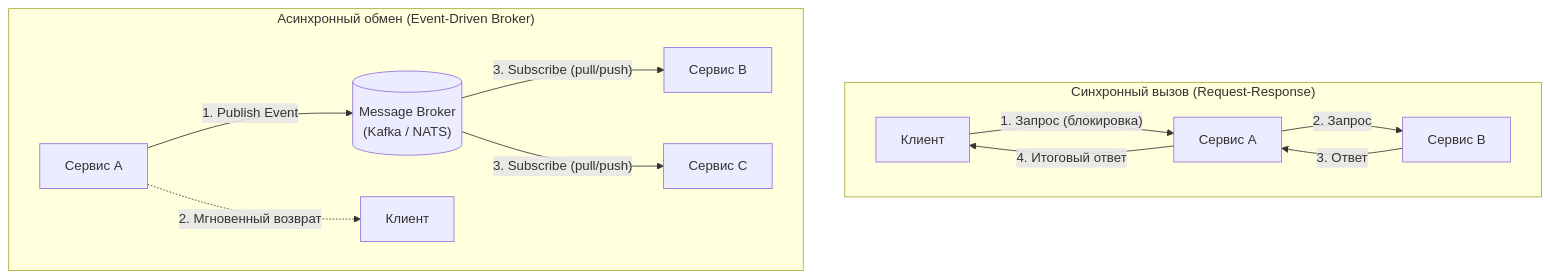
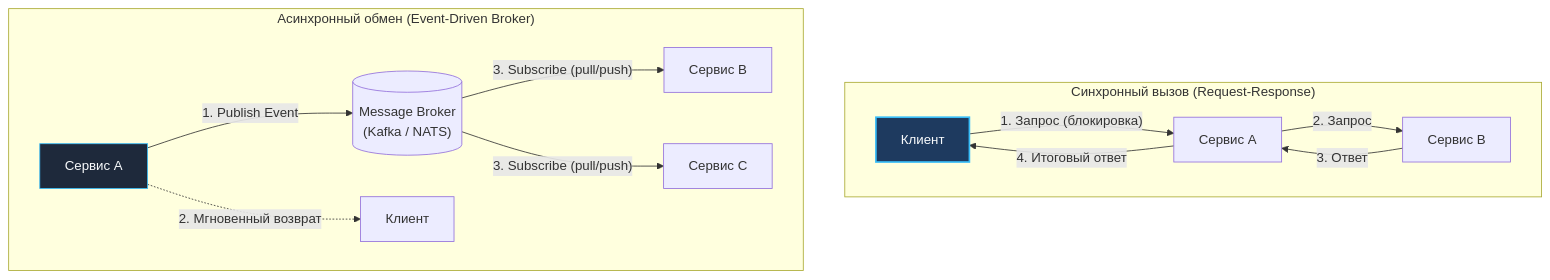
One commit to UnrealTemplier/go-textbook changed the first of 2 diagrams in sources/14. Распределенные системы на Go/04. Микросервисы/4. Service communication.md. Above: the diagram before and after it, drawn with Mermaid. The commit also changed other lines of this file and 1666 other files, not shown here.

First line of the commit message:
feat(mermaid): add semantic color classDef to 1369 colorless flowchart/graph diagrams

````diff
--- a/sources/14. Распределенные системы на Go/04. Микросервисы/4. Service communication.md
+++ b/sources/14. Распределенные системы на Go/04. Микросервисы/4. Service communication.md
@@ -7,16 +7,26 @@
 ```mermaid
 flowchart TD
+    classDef process  fill:#1e293b,stroke:#38bdf8,stroke-width:1px,color:#f8fafc
+    classDef success  fill:#064e3b,stroke:#34d399,stroke-width:1px,color:#f8fafc
+    classDef error    fill:#7f1d1d,stroke:#f87171,stroke-width:1px,color:#f8fafc
+    classDef warning  fill:#78350f,stroke:#fbbf24,stroke-width:1px,color:#f8fafc
+    classDef entry    fill:#1e3a5f,stroke:#38bdf8,stroke-width:2px,color:#f8fafc
+    classDef aux      fill:#334155,stroke:#64748b,stroke-width:1px,color:#f8fafc
+    classDef system   fill:#312e81,stroke:#a78bfa,stroke-width:1px,color:#f8fafc
+    classDef data     fill:#132d29,stroke:#2dd4bf,stroke-width:1px,color:#f8fafc
+    classDef network  fill:#881337,stroke:#fb7185,stroke-width:1px,color:#f8fafc
+    classDef accent   fill:#1e1b4b,stroke:#818cf8,stroke-width:1px,color:#f8fafc
     subgraph SyncFlow["Синхронный вызов (Request-Response)"]
-        Client1["Клиент"] -->|"1. Запрос (блокировка)"| S1["Сервис A"]
+        Client1["Клиент"]:::entry -->|"1. Запрос (блокировка)"| S1["Сервис A"]
         S1 -->|"2. Запрос"| S2["Сервис B"]
         S2 -->|"3. Ответ"| S1
         S1 -->|"4. Итоговый ответ"| Client1
     end
 
     subgraph AsyncFlow["Асинхронный обмен (Event-Driven Broker)"]
-        Producer["Сервис A"] -->|"1. Publish Event"| Broker[("Message Broker<br/>(Kafka / NATS)")]
+        Producer["Сервис A"]:::process -->|"1. Publish Event"| Broker[("Message Broker<br/>(Kafka / NATS)")]
         Producer -.->|"2. Мгновенный возврат"| Client2["Клиент"]
         Broker -->|"3. Subscribe (pull/push)"| Consumer1["Сервис B"]
         Broker -->|"3. Subscribe (pull/push)"| Consumer2["Сервис C"]
     end
 ```
````
